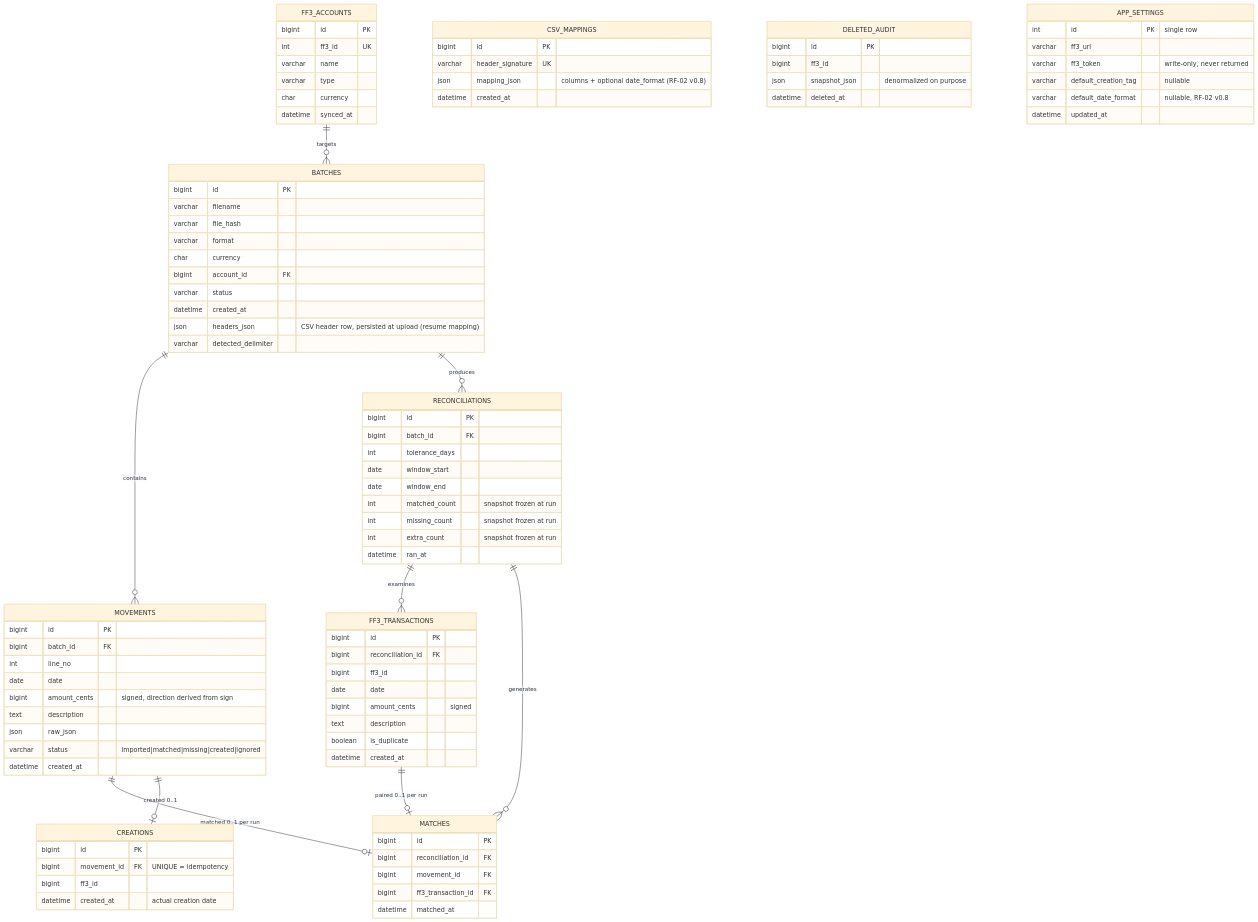
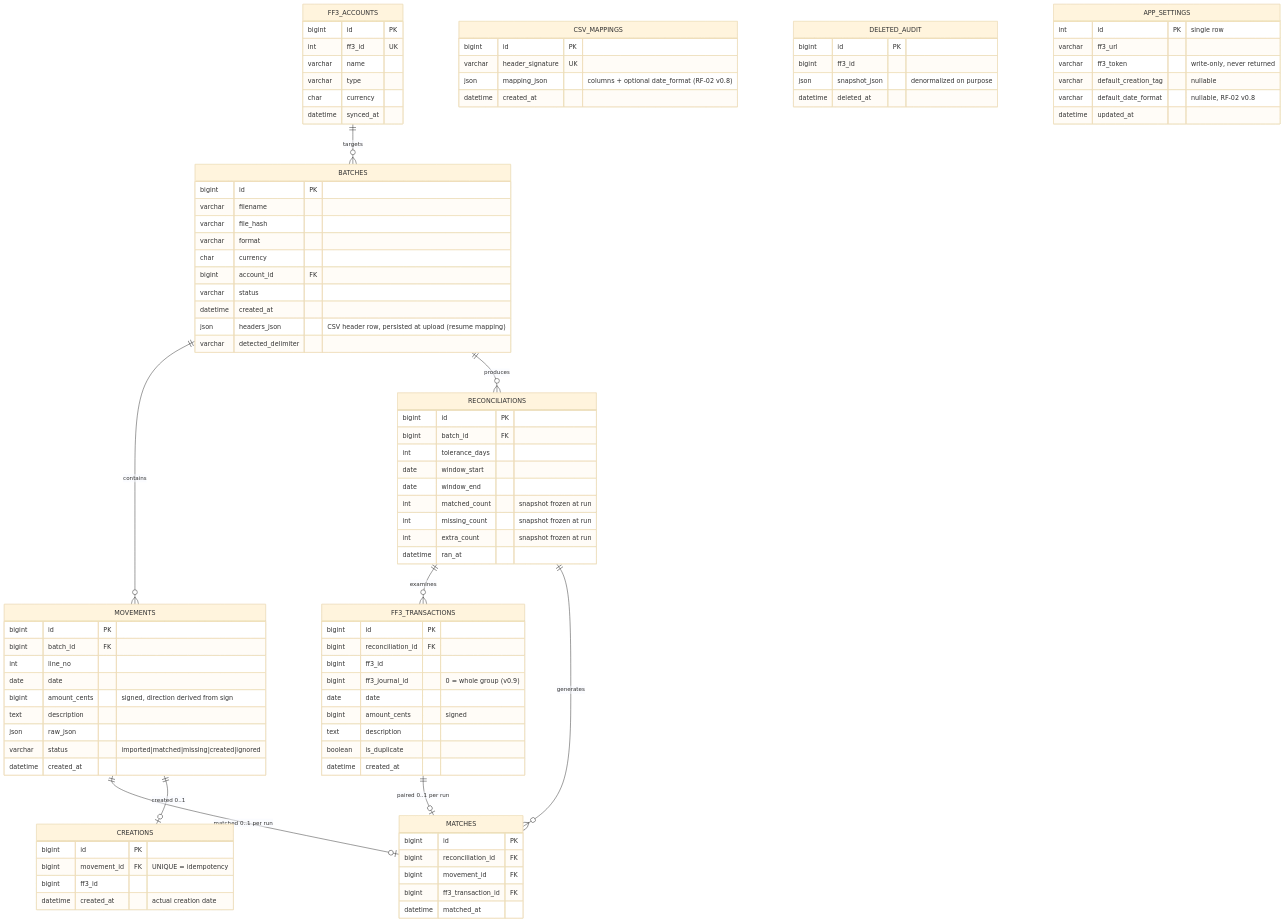
Before and after one commit to eldelahoz/firefly-manager-movement: the second of 2 diagrams in docs/specs/2026-08-14-trd-architecture-technique.md, drawn with Mermaid (base theme). The commit also changed other lines of this file and 3 other files, not shown here.

```diff
--- a/docs/specs/2026-08-14-trd-architecture-technique.md
+++ b/docs/specs/2026-08-14-trd-architecture-technique.md
@@ -87,6 +87,7 @@
         bigint id PK
         bigint reconciliation_id FK
         bigint ff3_id
+        bigint ff3_journal_id "0 = whole group (v0.9)"
         date date
         bigint amount_cents "signed"
         text description
```
